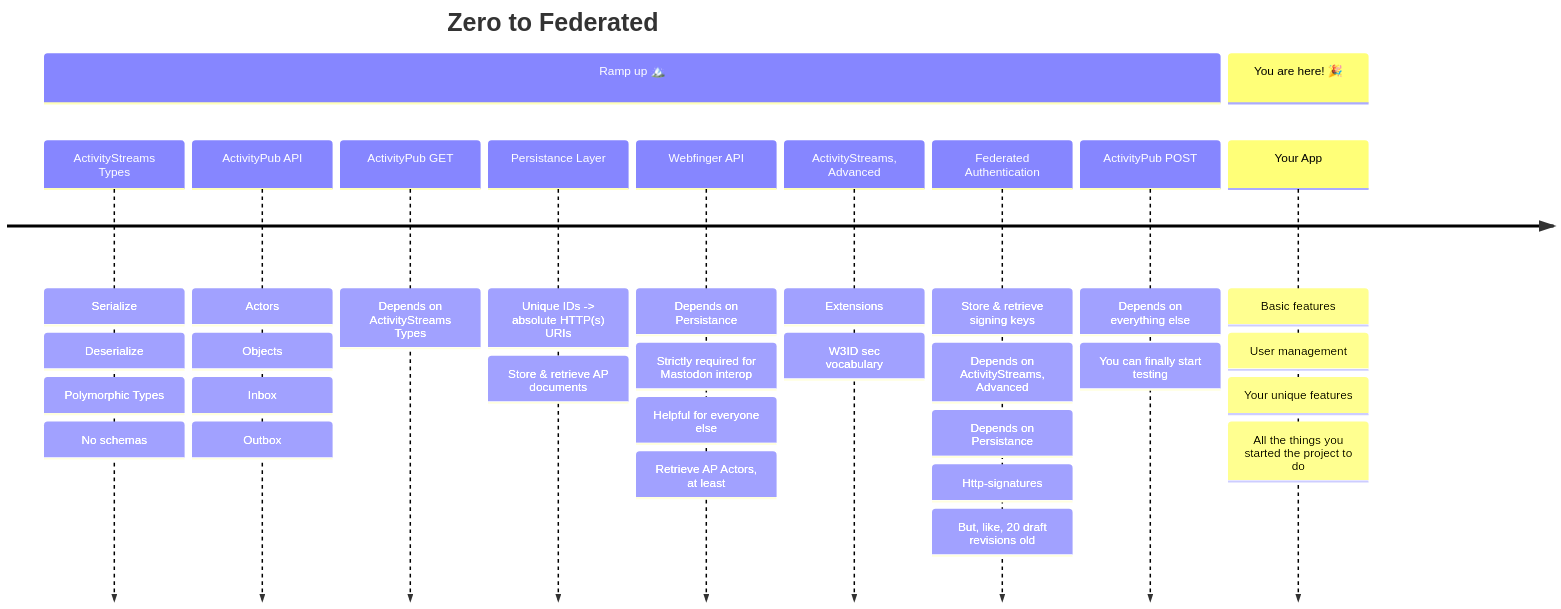
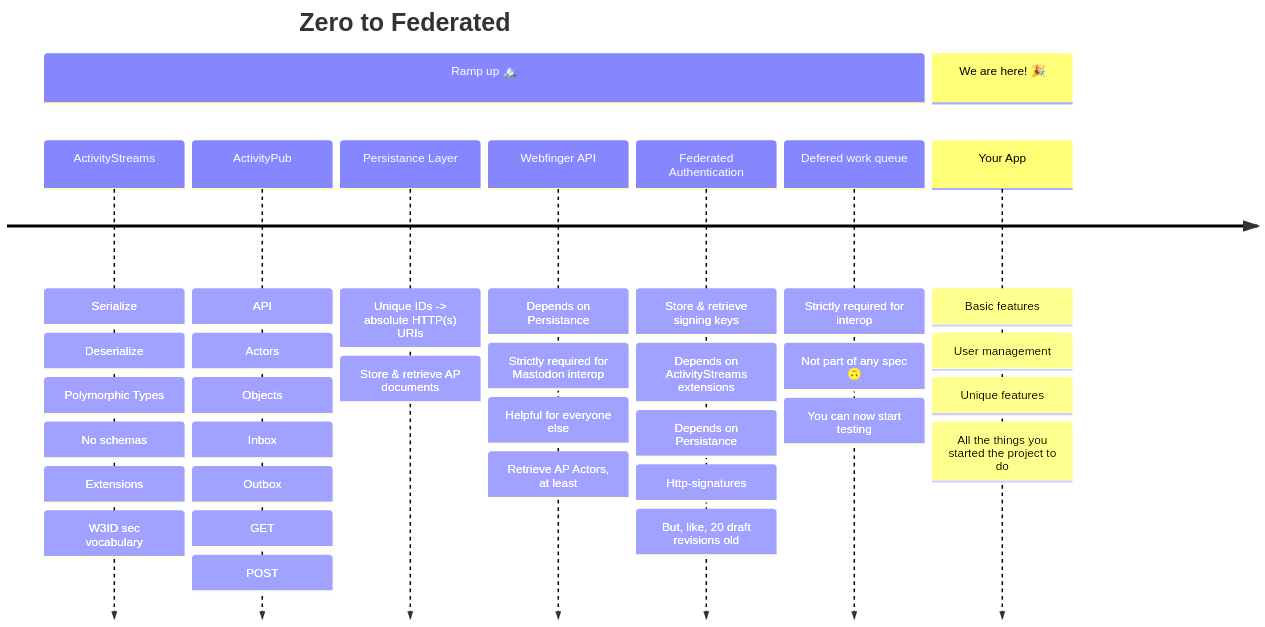
Before and after one commit to Letterbook/Letterbook: the diagram in readme.md, drawn with Mermaid. The commit also changed other lines of this file, not shown here.

````diff
--- a/readme.md
+++ b/readme.md
@@ -28,16 +75,14 @@
 ```mermaid
 %%{init: { 'theme': 'default' } }%%
 timeline
     title Zero to Federated
     section Ramp up 🏔️
-    ActivityStreams Types       : Serialize : Deserialize : Polymorphic Types : No schemas
-    ActivityPub API             : Actors : Objects : Inbox : Outbox
-    ActivityPub GET             : Depends on ActivityStreams Types
-    Persistance Layer           : Unique IDs -> absolute HTTP(s) URIs : Store & retrieve AP documents
-    Webfinger API               : Depends on Persistance : Strictly required for Mastodon interop : Helpful for everyone else : Retrieve AP Actors, at least
-    ActivityStreams, Advanced   : Extensions : W3ID sec vocabulary
-    Federated Authentication    : Store & retrieve signing keys : Depends on ActivityStreams, Advanced : Depends on Persistance : Http-signatures : But, like, 20 draft revisions old
-    ActivityPub POST            : Depends on everything else : You can finally start testing
-    section You are here! 🎉
-    Your App                    : Basic features : User management : Your unique features : All the things you started the project to do
+        ActivityStreams             : Serialize : Deserialize : Polymorphic Types : No schemas : Extensions : W3ID sec vocabulary
+        ActivityPub                 : API : Actors : Objects : Inbox : Outbox : GET : POST
+        Persistance Layer           : Unique IDs -> absolute HTTP(s) URIs : Store & retrieve AP documents
+        Webfinger API               : Depends on Persistance : Strictly required for Mastodon interop : Helpful for everyone else : Retrieve AP Actors, at least
+        Federated Authentication    : Store & retrieve signing keys : Depends on ActivityStreams extensions : Depends on Persistance : Http-signatures : But, like, 20 draft revisions old
+        Defered work queue          : Strictly required for interop : Not part of any spec 🙃 : You can now start testing
+    section We are here! 🎉
+        Your App                    : Basic features : User management : Unique features : All the things you started the project to do
 ```
````
